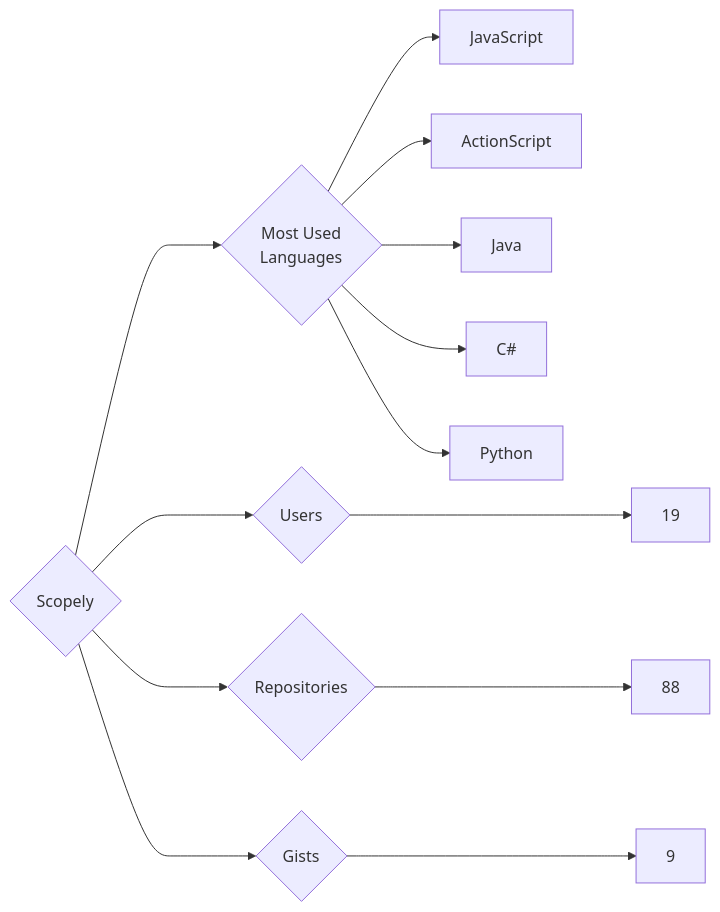
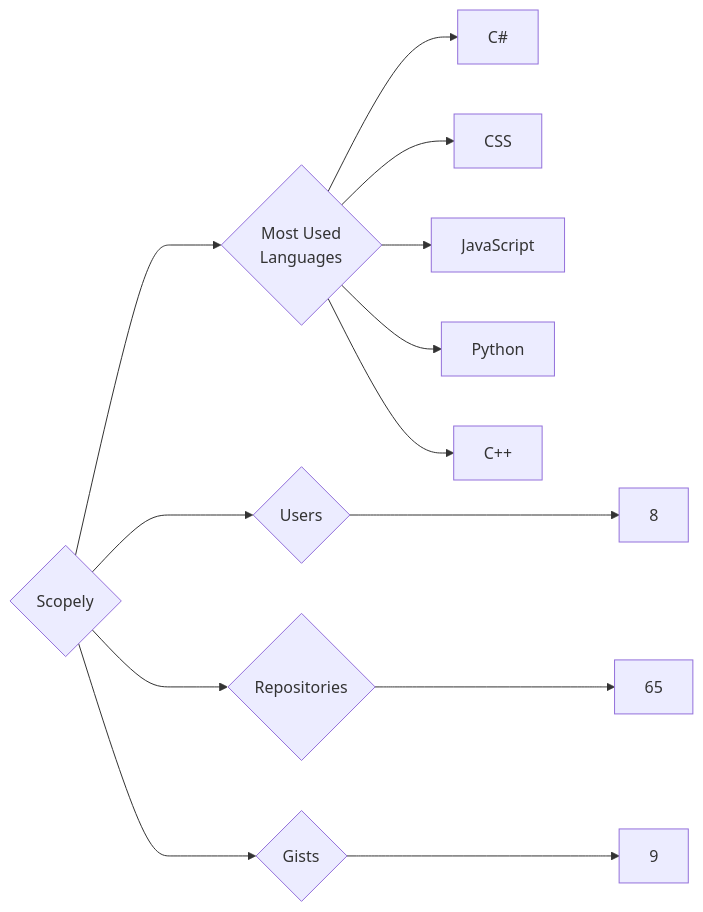
Before and after one commit to trickest/insiders: the diagram in targets/Scopely/README.md, drawn with Mermaid. The commit also changed 1248 other files, not shown here.

````diff
--- a/targets/Scopely/README.md
+++ b/targets/Scopely/README.md
@@ -3,13 +3,13 @@
 ```mermaid
 graph LR
 COMPANY_NAME{Scopely}
-COMPANY_NAME ---> U{Users} ---> UN[19]
-COMPANY_NAME ---> R{Repositories} ---> RN[88]
+COMPANY_NAME ---> U{Users} ---> UN[8]
+COMPANY_NAME ---> R{Repositories} ---> RN[65]
 COMPANY_NAME ---> G{Gists} ---> GN[9]
 COMPANY_NAME ---> ML{Most Used<br>Languages}
+ML --> C#[C#]
+ML --> CSS[CSS]
 ML --> JavaScript[JavaScript]
-ML --> ActionScript[ActionScript]
-ML --> Java[Java]
-ML --> C#[C#]
 ML --> Python[Python]
+ML --> C++[C++]
 ```
````
